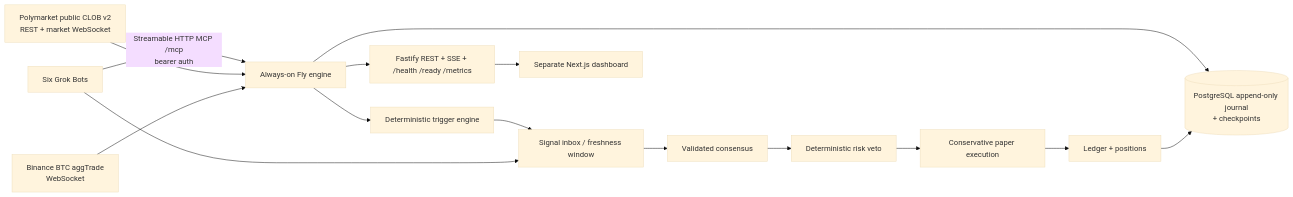
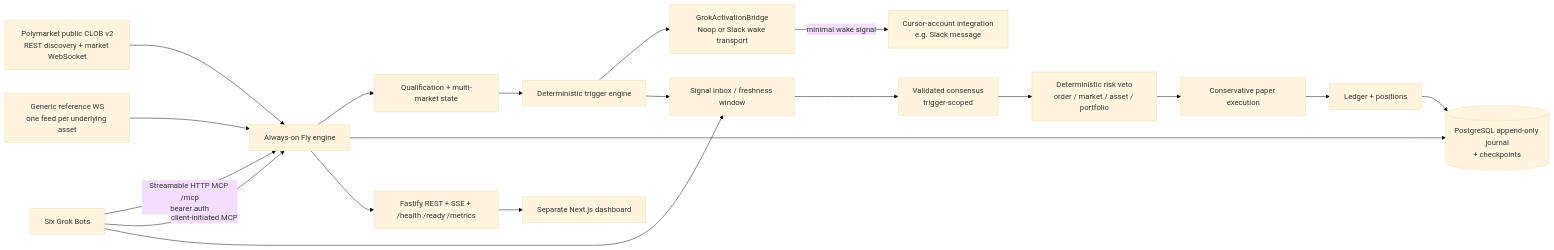
Before and after one commit to mstfgncr23-eng/Polymarket-Engine: the first of 4 diagrams in README.md, drawn with Mermaid (base theme). The commit also changed other lines of this file and 63 other files, not shown here.

First line of the commit message:
Multi-crypto Grok activation + paper-engine hardening (#2)

````diff
--- a/README.md
+++ b/README.md
@@ -9,17 +11,21 @@
 ```mermaid
 flowchart LR
   GB[Six Grok Bots] -->|Streamable HTTP MCP /mcp\nbearer auth| E[Always-on Fly engine]
-  PM[Polymarket public CLOB v2\nREST + market WebSocket] --> E
-  BTC[Binance BTC aggTrade\nWebSocket] --> E
-  E --> T[Deterministic trigger engine]
+  PM[Polymarket public CLOB v2\nREST discovery + market WebSocket] --> E
+  REF[Generic reference WS\none feed per underlying asset] --> E
+  E --> Q[Qualification + multi-market state]
+  Q --> T[Deterministic trigger engine]
+  T --> AB[GrokActivationBridge\nNoop or Slack wake transport]
+  AB -->|minimal wake signal| INT[Cursor-account integration\ne.g. Slack message]
+  GB -->|client-initiated MCP| E
   T --> IN[Signal inbox / freshness window]
   GB --> IN
-  IN --> C[Validated consensus]
-  C --> R[Deterministic risk veto]
+  IN --> C[Validated consensus\ntrigger-scoped]
+  C --> R[Deterministic risk veto\norder / market / asset / portfolio]
   R --> X[Conservative paper execution]
   X --> L[Ledger + positions]
   E --> J[(PostgreSQL append-only journal\n+ checkpoints)]
   L --> J
   E --> API[Fastify REST + SSE + /health /ready /metrics]
   API --> D[Separate Next.js dashboard]
 ```
````
